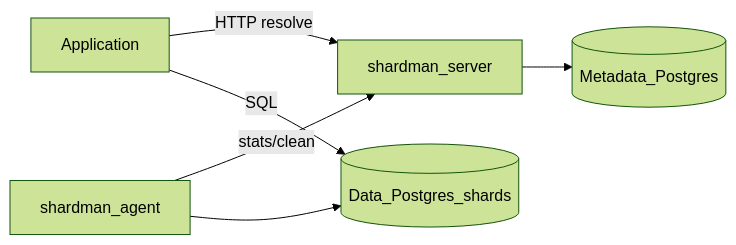
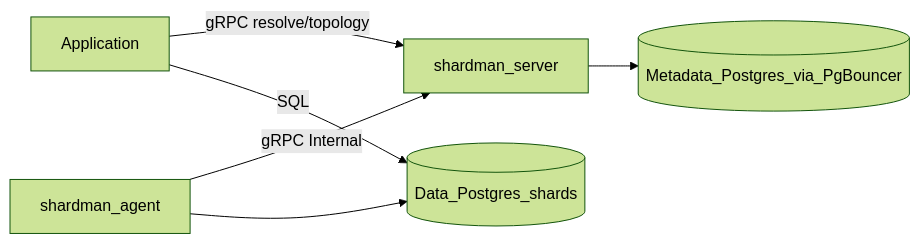
The diagram in docs/architecture.md (tormoz70/shardman), drawn with Mermaid (forest theme) before and after one commit. The commit also changed other lines of this file and 46 other files, not shown here.

First line of the commit message:
Replace REST control plane with gRPC and implement Qwen roadmap.

````diff
--- a/docs/architecture.md
+++ b/docs/architecture.md
@@ -5,14 +5,14 @@
 ```mermaid
 flowchart LR
   app[Application]
   cp[shardman_server]
-  meta[(Metadata_Postgres)]
+  meta[(Metadata_Postgres_via_PgBouncer)]
   agent[shardman_agent]
   data[(Data_Postgres_shards)]
 
-  app -->|HTTP resolve| cp
+  app -->|gRPC resolve/topology| cp
   cp --> meta
-  agent -->|stats/clean| cp
+  agent -->|gRPC Internal| cp
   agent --> data
   app -->|SQL| data
 ```
````
